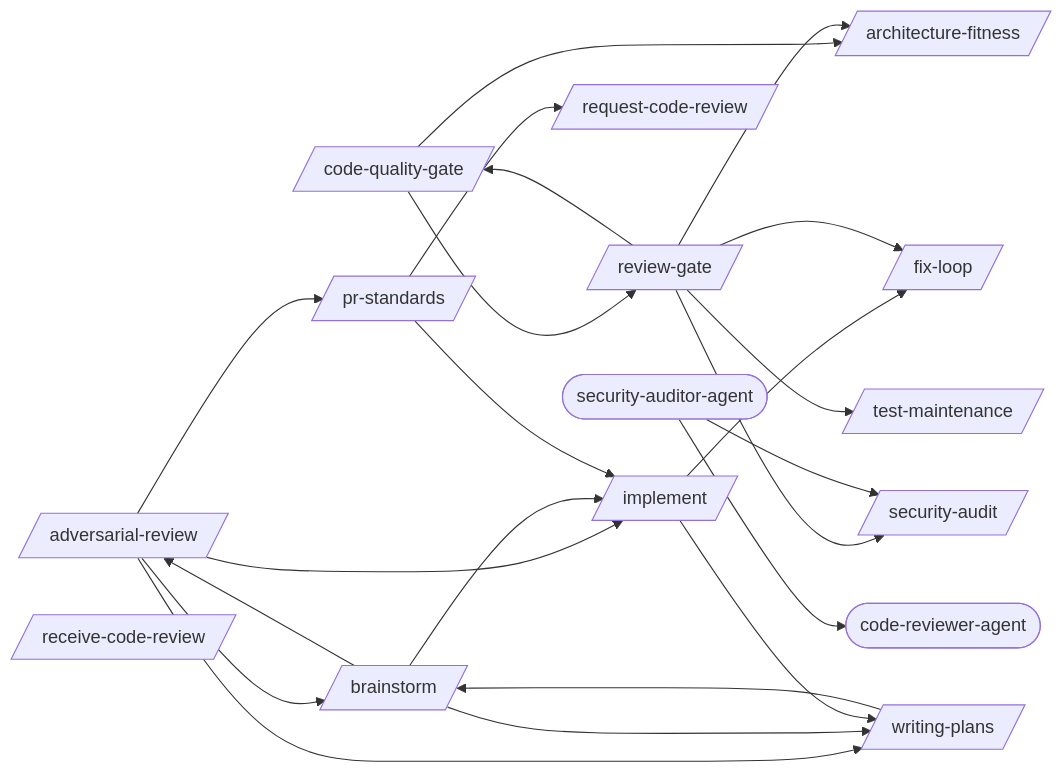
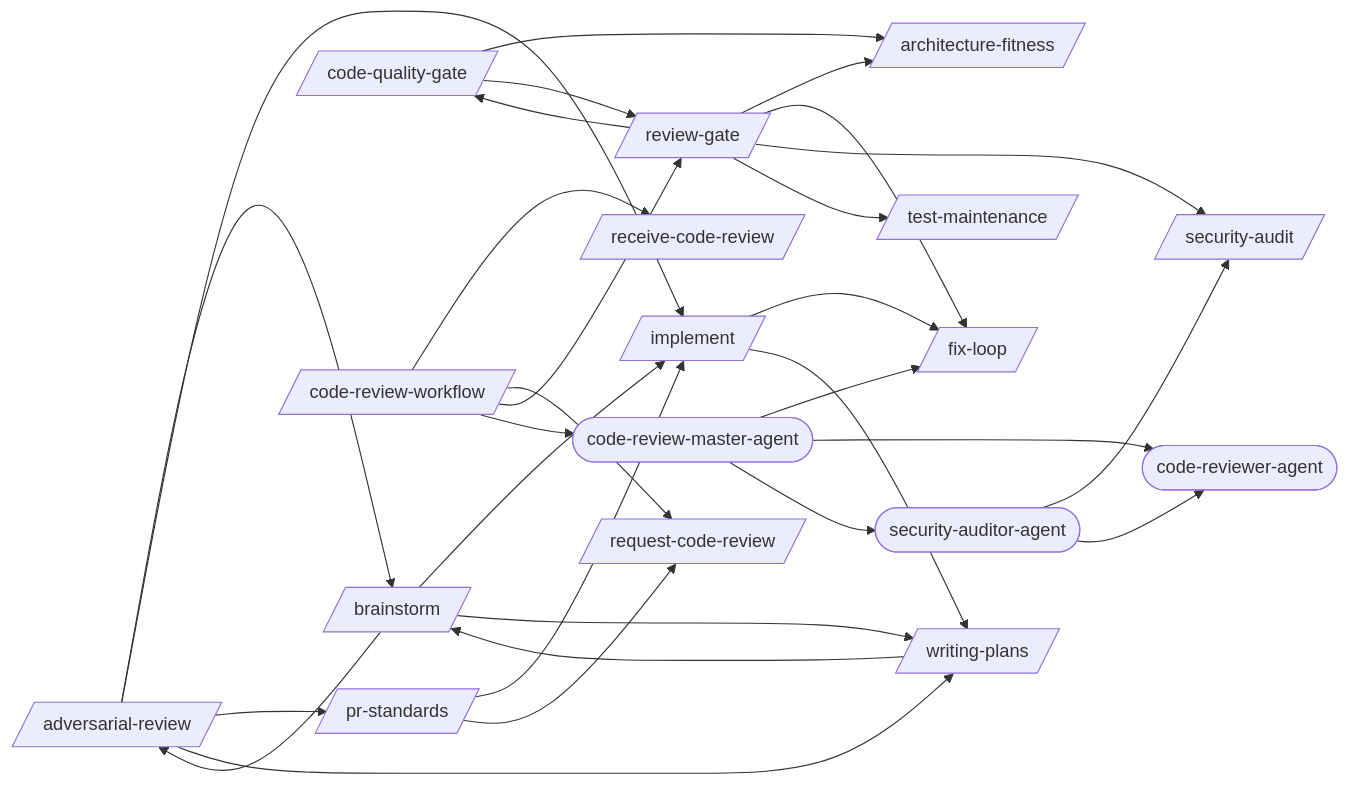
Before and after one commit to abhayla/claude-best-practices: the first of 2 diagrams in docs/workflows/code-review.md, drawn with Mermaid. The commit also changed other lines of this file and 11 other files, not shown here.

````diff
--- a/docs/workflows/code-review.md
+++ b/docs/workflows/code-review.md
@@ -9,39 +9,48 @@
 ```mermaid
 graph LR
     adversarial_review[/adversarial-review/]
     architecture_fitness[/architecture-fitness/]
     brainstorm[/brainstorm/]
     code_quality_gate[/code-quality-gate/]
+    code_review_workflow[/code-review-workflow/]
     fix_loop[/fix-loop/]
     implement[/implement/]
     pr_standards[/pr-standards/]
     receive_code_review[/receive-code-review/]
     request_code_review[/request-code-review/]
     review_gate[/review-gate/]
     security_audit[/security-audit/]
     test_maintenance[/test-maintenance/]
     writing_plans[/writing-plans/]
+    code_review_master_agent([code-review-master-agent])
     code_reviewer_agent([code-reviewer-agent])
     security_auditor_agent([security-auditor-agent])
     adversarial_review --> brainstorm
     adversarial_review --> implement
     adversarial_review --> pr_standards
     adversarial_review --> writing_plans
     brainstorm --> adversarial_review
     brainstorm --> implement
     brainstorm --> writing_plans
     code_quality_gate --> architecture_fitness
     code_quality_gate --> review_gate
+    code_review_workflow --> receive_code_review
+    code_review_workflow --> request_code_review
+    code_review_workflow --> review_gate
+    code_review_workflow --> code_review_master_agent
     implement --> fix_loop
     implement --> writing_plans
     pr_standards --> implement
     pr_standards --> request_code_review
     review_gate --> architecture_fitness
     review_gate --> code_quality_gate
     review_gate --> fix_loop
     review_gate --> security_audit
     review_gate --> test_maintenance
     writing_plans --> brainstorm
+    code_review_master_agent --> fix_loop
+    code_review_master_agent --> code_reviewer_agent
+    code_review_master_agent --> security_auditor_agent
     security_auditor_agent --> security_audit
     security_auditor_agent --> code_reviewer_agent
 ```
````
